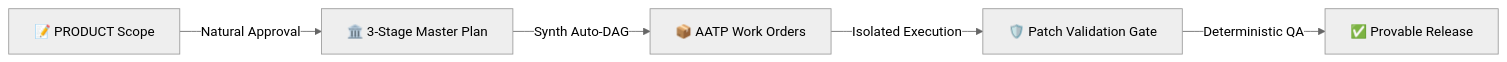
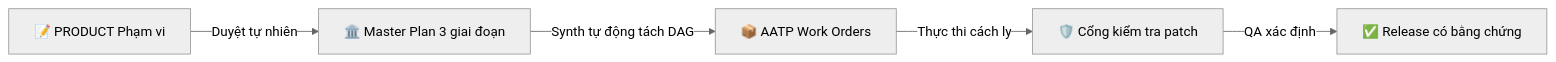
The diagram in README.md (oaichu/OMP-foundry), drawn with Mermaid (neutral theme) before and after one commit. The commit also changed other lines of this file and 5 other files, not shown here.

````diff
--- a/README.md
+++ b/README.md
@@ -31,7 +55,7 @@
 ```mermaid
 flowchart LR
-    A[📝 PRODUCT Scope] -->|Natural Approval| B[🏛️ 3-Stage Master Plan]
-    B -->|Synth Auto-DAG| C[📦 AATP Work Orders]
-    C -->|Isolated Execution| D[🛡️ Patch Validation Gate]
-    D -->|Deterministic QA| E[✅ Provable Release]
+    A[📝 PRODUCT Phạm vi] -->|Duyệt tự nhiên| B[🏛️ Master Plan 3 giai đoạn]
+    B -->|Synth tự động tách DAG| C[📦 AATP Work Orders]
+    C -->|Thực thi cách ly| D[🛡️ Cổng kiểm tra patch]
+    D -->|QA xác định| E[✅ Release có bằng chứng]
 ```
````
